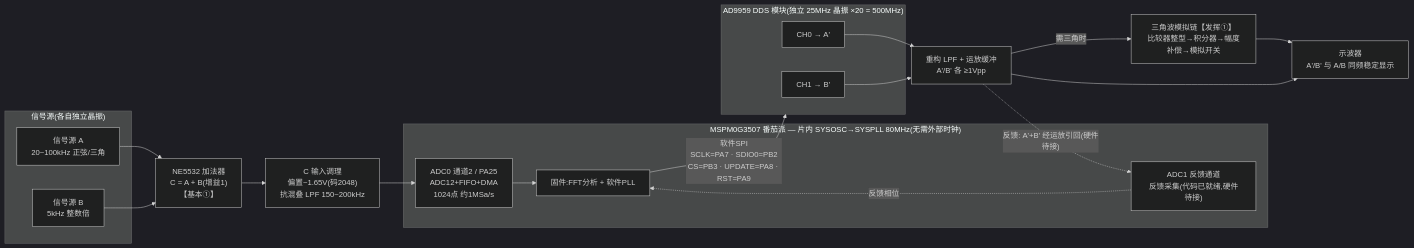
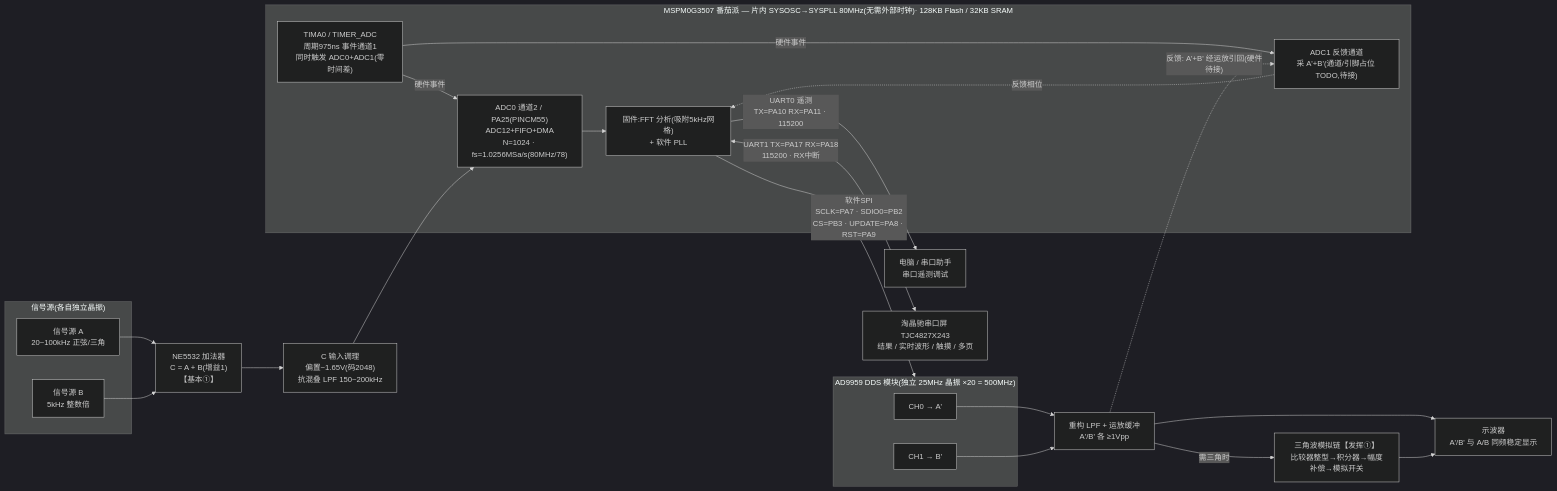
One commit to liusuan110/2026-Ti changed the first of 2 diagrams in 2023-H题-信号分离-番茄派工程/系统框图.md. Above: the diagram before and after it, drawn with Mermaid (dark theme). The commit also changed other lines of this file and 5 other files, not shown here.

First line of the commit message:
docs: 同步系统框图/SVG/README/联调清单到当前状态

````diff
--- a/2023-H题-信号分离-番茄派工程/系统框图.md
+++ b/2023-H题-信号分离-番茄派工程/系统框图.md
@@ -16,41 +16,50 @@
 ```mermaid
 flowchart LR
   subgraph SRC["信号源(各自独立晶振)"]
     A["信号源 A<br/>20~100kHz 正弦/三角"]
     B["信号源 B<br/>5kHz 整数倍"]
   end
 
   ADD["NE5532 加法器<br/>C = A + B(增益1)<br/>【基本①】"]
   COND["C 输入调理<br/>偏置~1.65V(码2048)<br/>抗混叠 LPF 150~200kHz"]
   A --> ADD
   B --> ADD
   ADD --> COND
 
-  subgraph MCU["MSPM0G3507 番茄派 — 片内 SYSOSC→SYSPLL 80MHz(无需外部时钟)"]
-    ADC1["ADC0 通道2 / PA25<br/>ADC12+FIFO+DMA<br/>1024点 约1MSa/s"]
-    FW["固件:FFT分析 + 软件PLL"]
-    ADC2["ADC1 反馈通道<br/>反馈采集(代码已就绪,硬件待接)"]
-    ADC1 --> FW
-    ADC2 -.->|"反馈相位"| FW
+  subgraph MCU["MSPM0G3507 番茄派 — 片内 SYSOSC→SYSPLL 80MHz(无需外部时钟)· 128KB Flash / 32KB SRAM"]
+    TRIG["TIMA0 / TIMER_ADC<br/>周期975ns 事件通道1<br/>同时触发 ADC0+ADC1(零时间差)"]
+    ADC0["ADC0 通道2 / PA25(PINCM55)<br/>ADC12+FIFO+DMA<br/>N=1024 · fs=1.0256MSa/s(80MHz/78)"]
+    FW["固件:FFT 分析(吸附5kHz网格)<br/>+ 软件 PLL"]
+    ADC1F["ADC1 反馈通道<br/>采 A'+B'(通道/引脚占位 TODO,待接)"]
+    TRIG -->|硬件事件| ADC0
+    TRIG -->|硬件事件| ADC1F
+    ADC0 --> FW
+    ADC1F -.->|"反馈相位"| FW
   end
-  COND --> ADC1
+  COND --> ADC0
 
   subgraph DDSCHIP["AD9959 DDS 模块(独立 25MHz 晶振 ×20 = 500MHz)"]
     CH0["CH0 → A'"]
     CH1["CH1 → B'"]
   end
   FW -->|"软件SPI<br/>SCLK=PA7 · SDIO0=PB2<br/>CS=PB3 · UPDATE=PA8 · RST=PA9"| DDSCHIP
 
   OUT["重构 LPF + 运放缓冲<br/>A'/B' 各 ≥1Vpp"]
   CH0 --> OUT
   CH1 --> OUT
 
   TRI["三角波模拟链【发挥①】<br/>比较器整型→积分器→幅度补偿→模拟开关"]
   OUT -->|"需三角时"| TRI
 
   SCOPE["示波器<br/>A'/B' 与 A/B 同频稳定显示"]
   OUT --> SCOPE
   TRI --> SCOPE
 
-  OUT -.->|"反馈: A'+B' 经运放引回(硬件待接)"| ADC2
+  OUT -.->|"反馈: A'+B' 经运放引回(硬件待接)"| ADC1F
+
+  PC["电脑 / 串口助手<br/>串口遥测调试"]
+  FW -->|"UART0 遥测<br/>TX=PA10 RX=PA11 · 115200"| PC
+
+  HMI["淘晶驰串口屏 TJC4827X243<br/>结果 / 实时波形 / 触摸 / 多页"]
+  FW <-->|"UART1 TX=PA17 RX=PA18<br/>115200 · RX中断"| HMI
 ```
````
